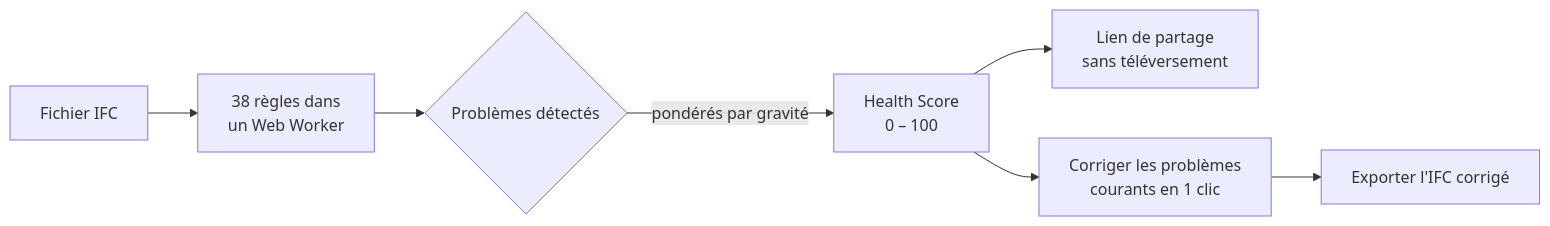
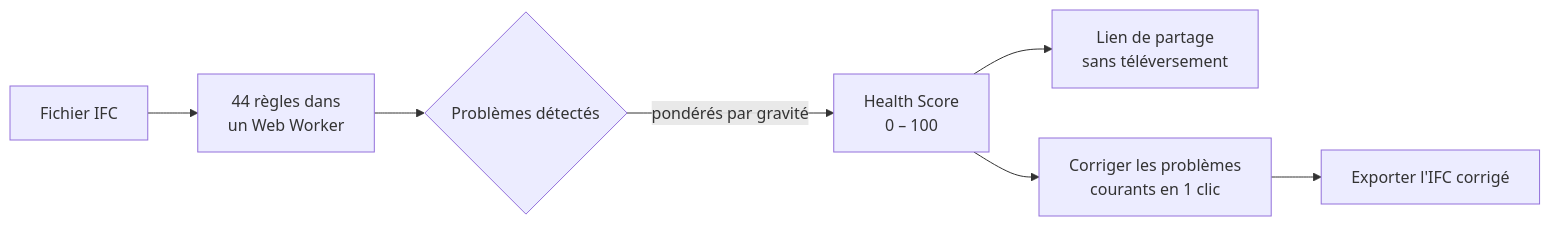
One commit to j03rul4nd/ifc-viewer-online changed the first of 2 diagrams in README.fr.md. Above: the diagram before and after it, drawn with Mermaid. The commit also changed other lines of this file and 24 other files, not shown here.

````diff
--- a/README.fr.md
+++ b/README.fr.md
@@ -125,9 +127,9 @@
 ```mermaid
 flowchart LR
-    A[Fichier IFC] --> B[38 règles dans<br/>un Web Worker]
+    A[Fichier IFC] --> B[44 règles dans<br/>un Web Worker]
     B --> C{Problèmes détectés}
     C -->|pondérés par gravité| D[Health Score<br/>0 – 100]
     D --> E[Lien de partage<br/>sans téléversement]
     D --> F[Corriger les problèmes<br/>courants en 1 clic]
     F --> G[Exporter l'IFC corrigé]
 ```
````
